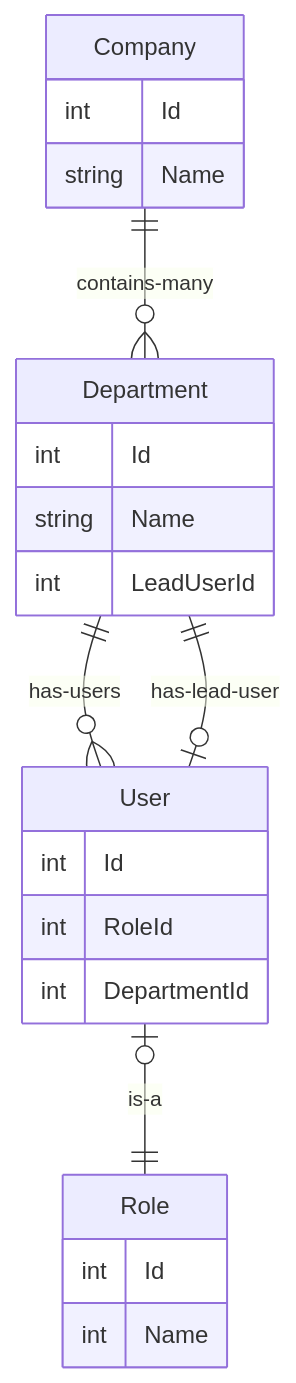
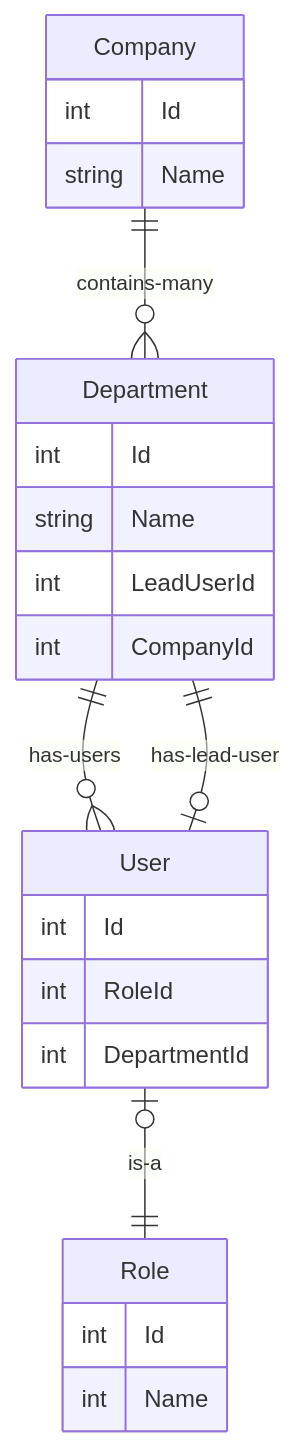
Before and after one commit to jasekiw/resuable-ef-core-includes: the diagram in README.md, drawn with Mermaid.

Commit message:
Fix missing attribute

````diff
--- a/README.md
+++ b/README.md
@@ -8,26 +8,27 @@
 ```mermaid
 erDiagram
     Company ||--o{ Department : contains-many
     Company {
         int Id
         string Name
     }
     Department ||--o{ User : has-users
     
     Department {
         int Id
         string Name
         int LeadUserId
+        int CompanyId
     }
     User |o--|| Department : has-lead-user
     User |o--|| Role : is-a
     User {
         int Id
         int RoleId
         int DepartmentId
     }
     Role {
         int Id
         int Name
     }
 ```
````
